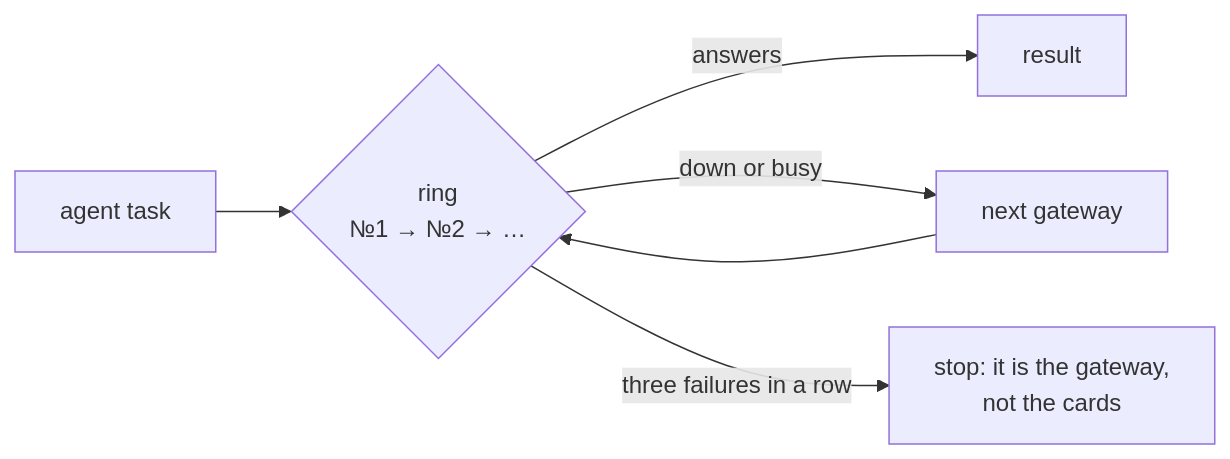
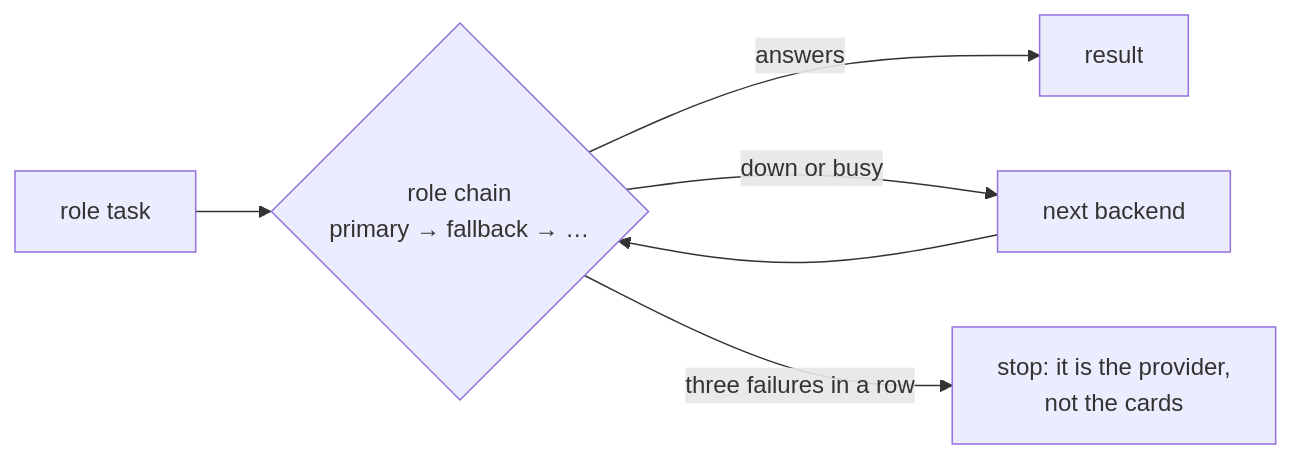
Before and after one commit to VVG-web/aurora-studio: the diagram in wiki/The-Agent.md, drawn with Mermaid. The commit also changed other lines of this file and 59 other files, not shown here.

````diff
--- a/wiki/The-Agent.md
+++ b/wiki/The-Agent.md
@@ -19,7 +19,7 @@
 ```mermaid
 flowchart LR
-  CALL["agent task"] --> R{"ring<br>№1 → №2 → …"}
+  CALL["role task"] --> R{"role chain<br>primary → fallback → …"}
   R -->|"answers"| OK["result"]
-  R -->|"down or busy"| NEXT["next gateway"] --> R
-  R -->|"three failures in a row"| STOP["stop: it is the gateway,<br>not the cards"]
+  R -->|"down or busy"| NEXT["next backend"] --> R
+  R -->|"three failures in a row"| STOP["stop: it is the provider,<br>not the cards"]
 ```
````
